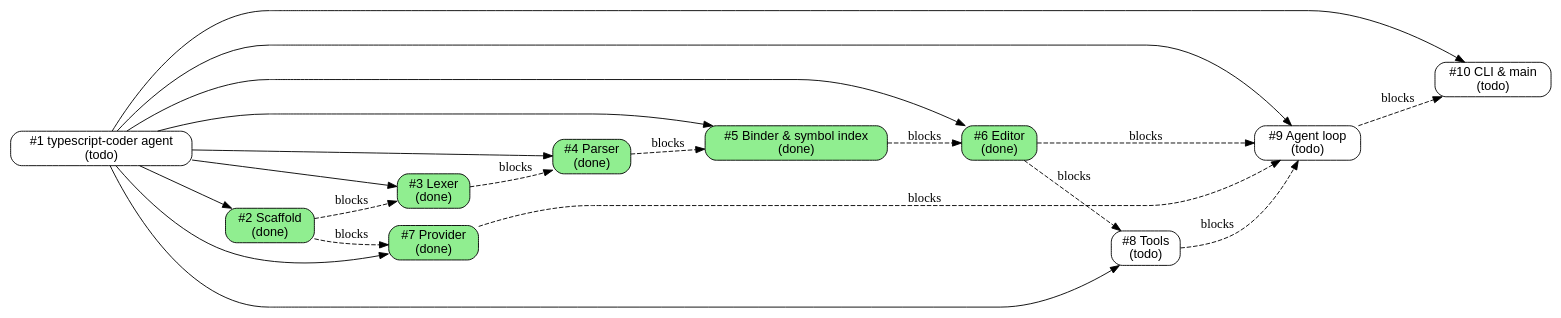
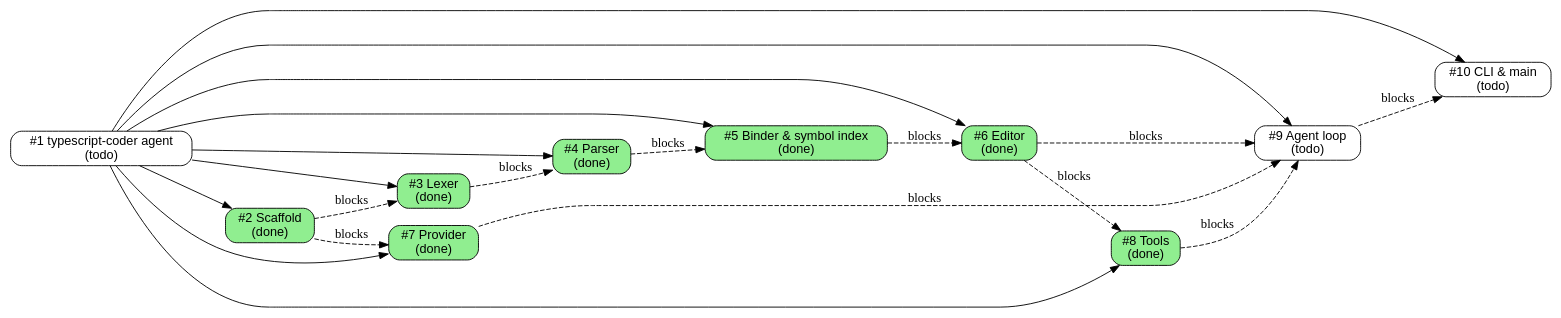
Before and after one commit to illusory0x0/typescript-coder: the diagram in issues/todo.md, drawn with Graphviz. The commit also changed other lines of this file and 1 other file, not shown here.

Commit message:
Mark issue #8 done in tracker

````diff
--- a/issues/todo.md
+++ b/issues/todo.md
@@ -7,42 +7,42 @@
 ```dot
 digraph issues {
   rankdir=LR;
   node [shape=box, style="rounded,filled", fontname="Helvetica"];
 
   // status colors: todo=white, in-progress=lightyellow, review=lightblue,
   //                done=lightgreen, wontfix=lightgrey
   "1"  [label="#1 typescript-coder agent\n(todo)", fillcolor="white"];
   "2"  [label="#2 Scaffold\n(done)", fillcolor="lightgreen"];
   "3"  [label="#3 Lexer\n(done)", fillcolor="lightgreen"];
   "4"  [label="#4 Parser\n(done)", fillcolor="lightgreen"];
   "5"  [label="#5 Binder & symbol index\n(done)", fillcolor="lightgreen"];
   "6"  [label="#6 Editor\n(done)", fillcolor="lightgreen"];
   "7"  [label="#7 Provider\n(done)", fillcolor="lightgreen"];
-  "8"  [label="#8 Tools\n(todo)", fillcolor="white"];
+  "8"  [label="#8 Tools\n(done)", fillcolor="lightgreen"];
   "9"  [label="#9 Agent loop\n(todo)", fillcolor="white"];
   "10" [label="#10 CLI & main\n(todo)", fillcolor="white"];
 
   // tree edges (parent -> child), solid
   "1" -> "2";
   "1" -> "3";
   "1" -> "4";
   "1" -> "5";
   "1" -> "6";
   "1" -> "7";
   "1" -> "8";
   "1" -> "9";
   "1" -> "10";
 
   // dependency edges (blocker -> blocked), dashed
   "2" -> "3" [style=dashed, label="blocks"];
   "3" -> "4" [style=dashed, label="blocks"];
   "4" -> "5" [style=dashed, label="blocks"];
   "5" -> "6" [style=dashed, label="blocks"];
   "2" -> "7" [style=dashed, label="blocks"];
   "6" -> "8" [style=dashed, label="blocks"];
   "6" -> "9" [style=dashed, label="blocks"];
   "7" -> "9" [style=dashed, label="blocks"];
   "8" -> "9" [style=dashed, label="blocks"];
   "9" -> "10" [style=dashed, label="blocks"];
 }
 ```
````
